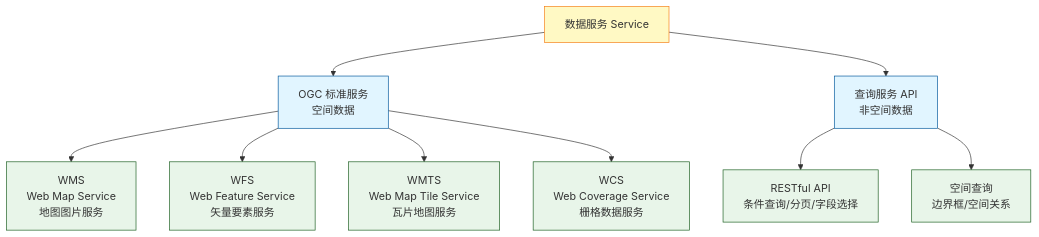
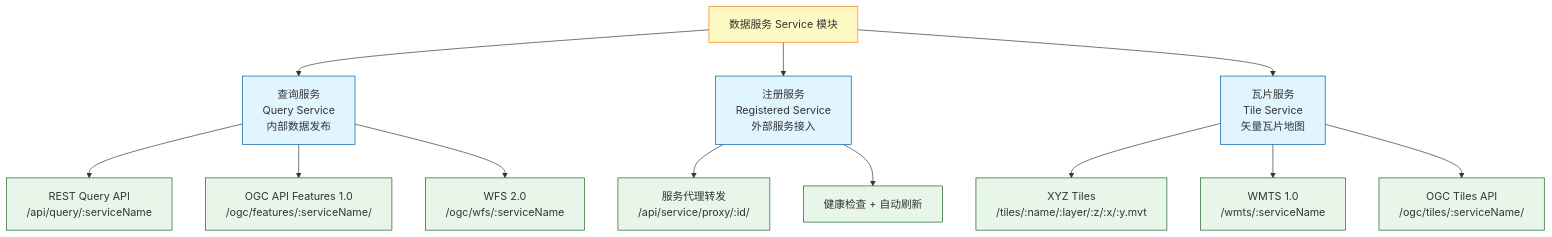
The first of 4 diagrams in docs/concepts/addp数据服务体系图.md (pampa0629/addp), drawn with Mermaid before and after one commit. The commit also changed other lines of this file and 54 other files, not shown here.

````diff
--- a/docs/concepts/addp数据服务体系图.md
+++ b/docs/concepts/addp数据服务体系图.md
@@ -20,23 +22,27 @@
 ```mermaid
 graph TB
-    Service[数据服务 Service]
+    Service[数据服务 Service 模块]
 
-    Service --> OGC[OGC 标准服务<br/>空间数据]
-    Service --> Query[查询服务 API<br/>非空间数据]
+    Service --> QS[查询服务<br/>Query Service<br/>内部数据发布]
+    Service --> RS[注册服务<br/>Registered Service<br/>外部服务接入]
+    Service --> TS[瓦片服务<br/>Tile Service<br/>矢量瓦片地图]
 
-    OGC --> WMS[WMS<br/>Web Map Service<br/>地图图片服务]
-    OGC --> WFS[WFS<br/>Web Feature Service<br/>矢量要素服务]
-    OGC --> WMTS[WMTS<br/>Web Map Tile Service<br/>瓦片地图服务]
-    OGC --> WCS[WCS<br/>Web Coverage Service<br/>栅格数据服务]
+    QS --> QS_REST[REST Query API<br/>/api/query/:serviceName]
+    QS --> QS_OGC[OGC API Features 1.0<br/>/ogc/features/:serviceName/]
+    QS --> QS_WFS[WFS 2.0<br/>/ogc/wfs/:serviceName]
 
-    Query --> REST[RESTful API<br/>条件查询/分页/字段选择]
-    Query --> Spatial[空间查询<br/>边界框/空间关系]
+    RS --> RS_PROXY[服务代理转发<br/>/api/service/proxy/:id/]
+    RS --> RS_HEALTH[健康检查 + 自动刷新]
+
+    TS --> TS_XYZ[XYZ Tiles<br/>/tiles/:name/:layer/:z/:x/:y.mvt]
+    TS --> TS_WMTS[WMTS 1.0<br/>/wmts/:serviceName]
+    TS --> TS_OGC[OGC Tiles API<br/>/ogc/tiles/:serviceName/]
 
     classDef root fill:#fff9c4,stroke:#f57f17
     classDef category fill:#e1f5ff,stroke:#01579b
-    classDef service fill:#e8f5e9,stroke:#1b5e20
+    classDef endpoint fill:#e8f5e9,stroke:#1b5e20
 
     class Service root
-    class OGC,Query category
-    class WMS,WFS,WMTS,WCS,REST,Spatial service
+    class QS,RS,TS category
+    class QS_REST,QS_OGC,QS_WFS,RS_PROXY,RS_HEALTH,TS_XYZ,TS_WMTS,TS_OGC endpoint
 ```
````
